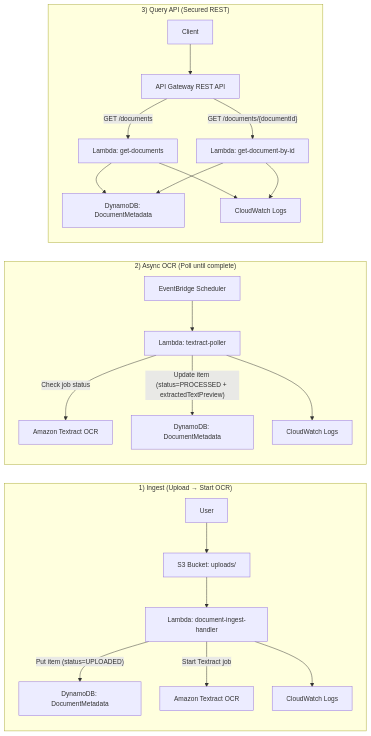
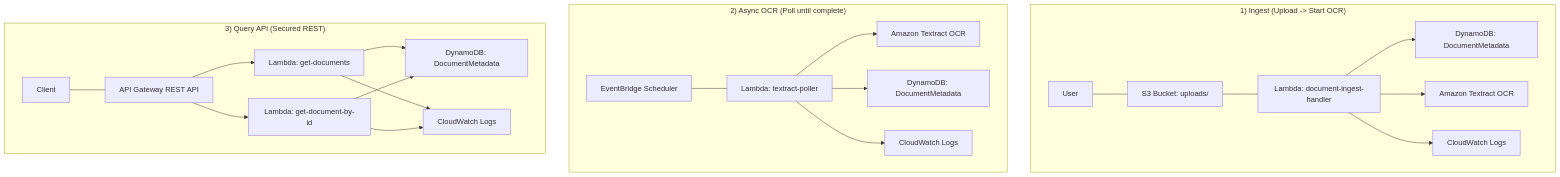
Before and after one commit to YogithR/Serverless-Document-Processing-Pipeline-AWS-: the diagram in README.md, drawn with Mermaid.

````diff
--- a/README.md
+++ b/README.md
@@ -12,33 +12,32 @@
 ```mermaid
-%%{init: {"flowchart": {"nodeSpacing": 40, "rankSpacing": 40, "curve": "basis"}, "themeVariables": {"fontSize": "14px"}} }%%
-flowchart LR
+flowchart TB
 
-subgraph ING["1) Ingest (Upload → Start OCR)"]
-direction TB
-U[User] --> S3["S3 Bucket: uploads/"]
-S3 --> L1["Lambda: document-ingest-handler"]
-L1 -->|"Put item (status=UPLOADED)"| DDB1["DynamoDB: DocumentMetadata"]
-L1 -->|"Start Textract job"| TX1["Amazon Textract OCR"]
+subgraph ING["1) Ingest (Upload -> Start OCR)"]
+direction LR
+U[User] --- S3["S3 Bucket: uploads/"]
+S3 --- L1["Lambda: document-ingest-handler"]
+L1 --> DDB1["DynamoDB: DocumentMetadata"]
+L1 --> TX1["Amazon Textract OCR"]
 L1 --> CW1["CloudWatch Logs"]
 end
 
 subgraph ASYNC["2) Async OCR (Poll until complete)"]
-direction TB
-EB["EventBridge Scheduler"] --> L2["Lambda: textract-poller"]
-L2 -->|"Check job status"| TX2["Amazon Textract OCR"]
-L2 -->|"Update item (status=PROCESSED + extractedTextPreview)"| DDB2["DynamoDB: DocumentMetadata"]
+direction LR
+EB["EventBridge Scheduler"] --- L2["Lambda: textract-poller"]
+L2 --> TX2["Amazon Textract OCR"]
+L2 --> DDB2["DynamoDB: DocumentMetadata"]
 L2 --> CW2["CloudWatch Logs"]
 end
 
 subgraph API["3) Query API (Secured REST)"]
-direction TB
-C[Client] --> APIGW["API Gateway REST API"]
-APIGW -->|"GET /documents"| L3["Lambda: get-documents"]
-APIGW -->|"GET /documents/{documentId}"| L4["Lambda: get-document-by-id"]
+direction LR
+C[Client] --- APIGW["API Gateway REST API"]
+APIGW --> L3["Lambda: get-documents"]
+APIGW --> L4["Lambda: get-document-by-id"]
 L3 --> DDB3["DynamoDB: DocumentMetadata"]
 L4 --> DDB3
 L3 --> CW3["CloudWatch Logs"]
 L4 --> CW3
 end
 
 ```
````
